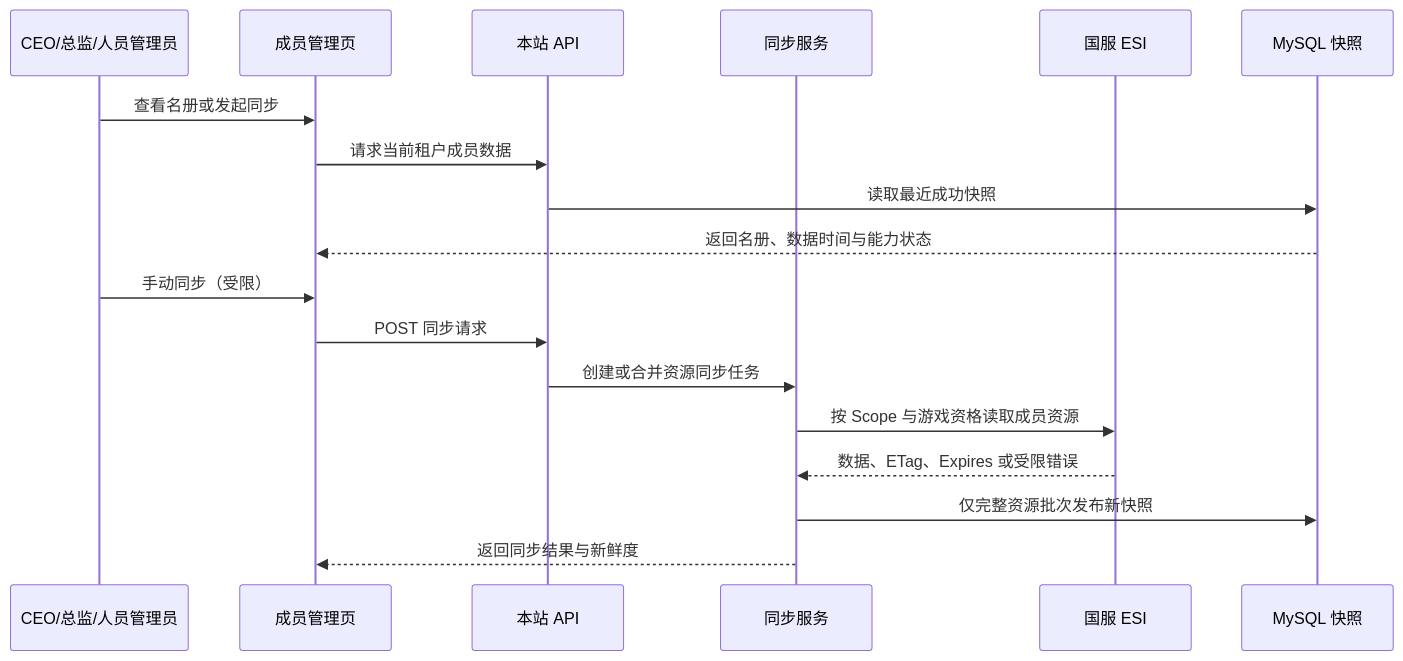
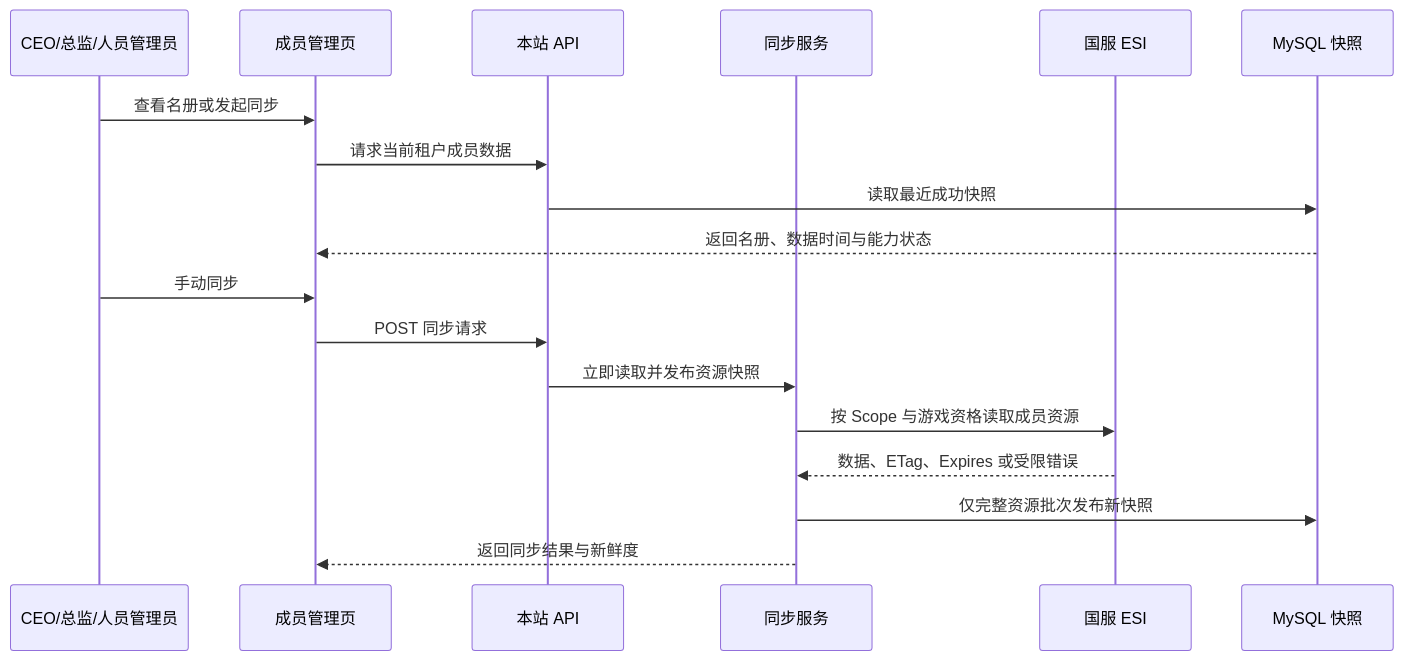
One commit to HatcherZhao/eve-corp-manager changed the diagram in docs/design/corporation-members/03-functional-detailed-design.md. Above: the diagram before and after it, drawn with Mermaid. The commit also changed other lines of this file and 44 other files, not shown here.

````diff
--- a/docs/design/corporation-members/03-functional-detailed-design.md
+++ b/docs/design/corporation-members/03-functional-detailed-design.md
@@ -8,20 +8,20 @@
 ```mermaid
 sequenceDiagram
     participant U as CEO/总监/人员管理员
     participant W as 成员管理页
     participant A as 本站 API
     participant S as 同步服务
     participant E as 国服 ESI
     participant D as MySQL 快照
     U->>W: 查看名册或发起同步
     W->>A: 请求当前租户成员数据
     A->>D: 读取最近成功快照
     D-->>W: 返回名册、数据时间与能力状态
-    U->>W: 手动同步（受限）
+    U->>W: 手动同步
     W->>A: POST 同步请求
-    A->>S: 创建或合并资源同步任务
+    A->>S: 立即读取并发布资源快照
     S->>E: 按 Scope 与游戏资格读取成员资源
     E-->>S: 数据、ETag、Expires 或受限错误
     S->>D: 仅完整资源批次发布新快照
     S-->>W: 返回同步结果与新鲜度
 ```
````
